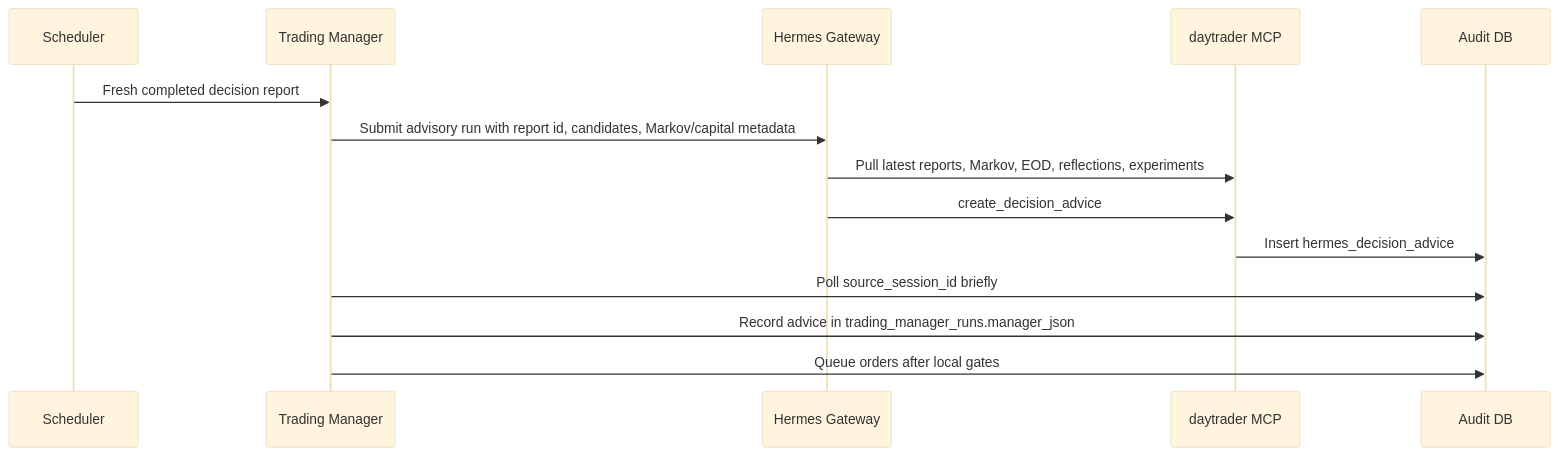
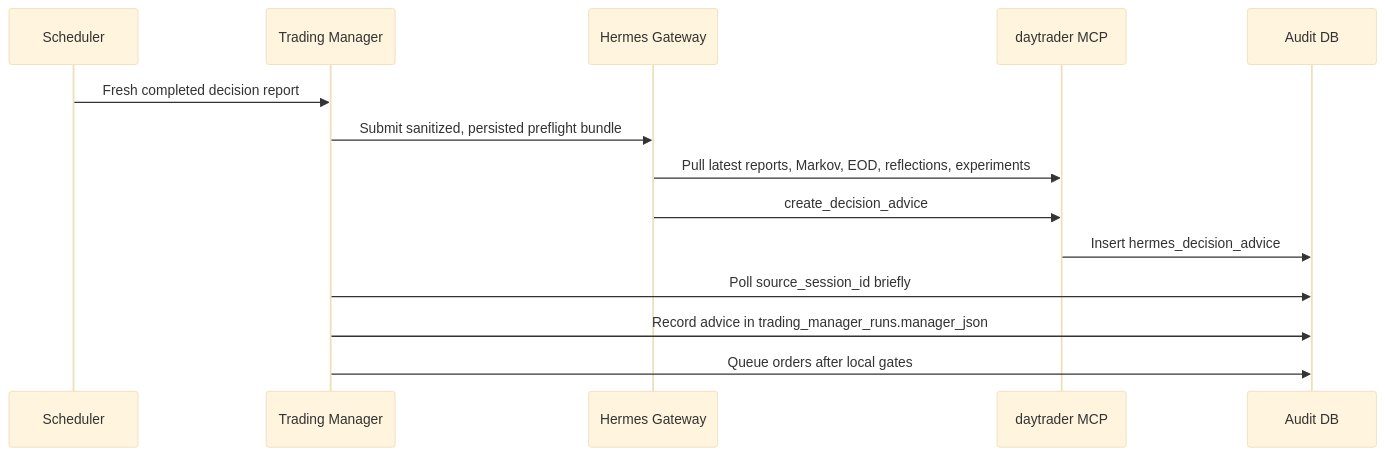
One commit to simonellefsen/saxo-daytrader-rust changed the third of 5 diagrams in docs/hermes-agent.md. Above: the diagram before and after it, drawn with Mermaid (base theme). The commit also changed other lines of this file and 5 other files, not shown here.

````diff
--- a/docs/hermes-agent.md
+++ b/docs/hermes-agent.md
@@ -284,17 +284,17 @@
 ```mermaid
 sequenceDiagram
   participant S as Scheduler
   participant TM as Trading Manager
   participant H as Hermes Gateway
   participant MCP as daytrader MCP
   participant DB as Audit DB
 
   S->>TM: Fresh completed decision report
-  TM->>H: Submit advisory run with report id, candidates, Markov/capital metadata
+  TM->>H: Submit sanitized, persisted preflight bundle
   H->>MCP: Pull latest reports, Markov, EOD, reflections, experiments
   H->>MCP: create_decision_advice
   MCP->>DB: Insert hermes_decision_advice
   TM->>DB: Poll source_session_id briefly
   TM->>DB: Record advice in trading_manager_runs.manager_json
   TM->>DB: Queue orders after local gates
 ```
````
